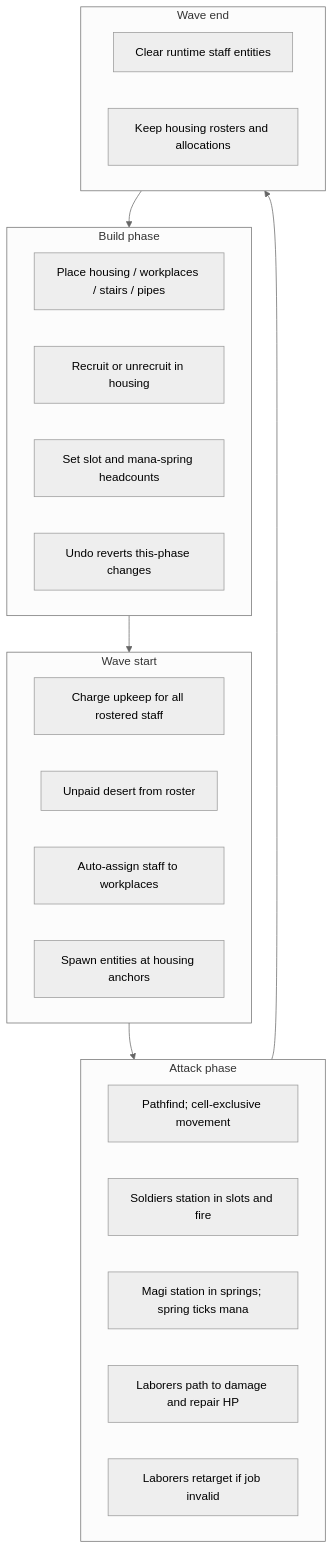
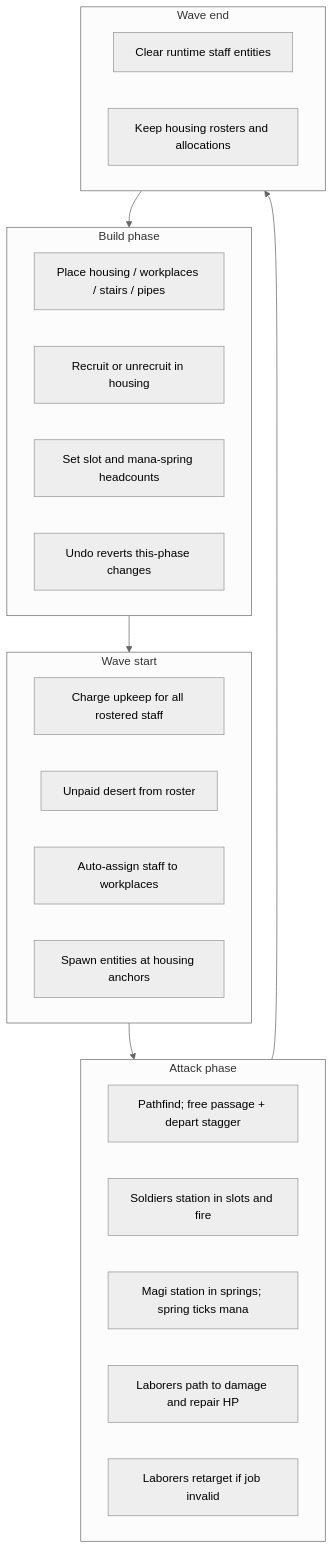
The diagram in docs/HOUSING.md (katerberg/wizard-tower-builder), drawn with Mermaid (neutral theme) before and after one commit.

Commit message:
Docs: replace cell-exclusive path wording in housing diagram.

````diff
--- a/docs/HOUSING.md
+++ b/docs/HOUSING.md
@@ -170,27 +170,27 @@
 ```mermaid
 flowchart TB
   subgraph build [Build phase]
     Place[Place housing / workplaces / stairs / pipes]
     Recruit[Recruit or unrecruit in housing]
     Alloc[Set slot and mana-spring headcounts]
     Undo[Undo reverts this-phase changes]
   end
   subgraph waveStart [Wave start]
     Pay[Charge upkeep for all rostered staff]
     Desert[Unpaid desert from roster]
     Assign[Auto-assign staff to workplaces]
     Spawn[Spawn entities at housing anchors]
   end
   subgraph attack [Attack phase]
-    Path[Pathfind; cell-exclusive movement]
+    Path[Pathfind; free passage + depart stagger]
     Soldiers[Soldiers station in slots and fire]
     Magi[Magi station in springs; spring ticks mana]
     Labor[Laborers path to damage and repair HP]
     Retarget[Laborers retarget if job invalid]
   end
   subgraph waveEnd [Wave end]
     Clear[Clear runtime staff entities]
     Keep[Keep housing rosters and allocations]
   end
   build --> waveStart --> attack --> waveEnd --> build
 ```
````
